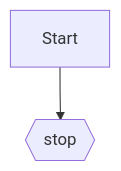
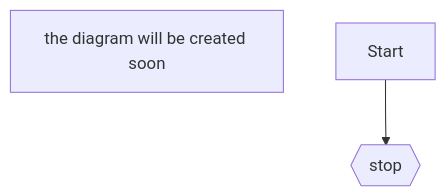
The diagram in README.md (signomix/signomix), drawn with Mermaid before and after one commit. The commit also changed other lines of this file, not shown here.

````diff
--- a/README.md
+++ b/README.md
@@ -22,4 +23,5 @@
 ```mermaid
 flowchart TD
+  info1[the diagram will be created soon]
     Start-->Stop{{stop}}
 ```
````
